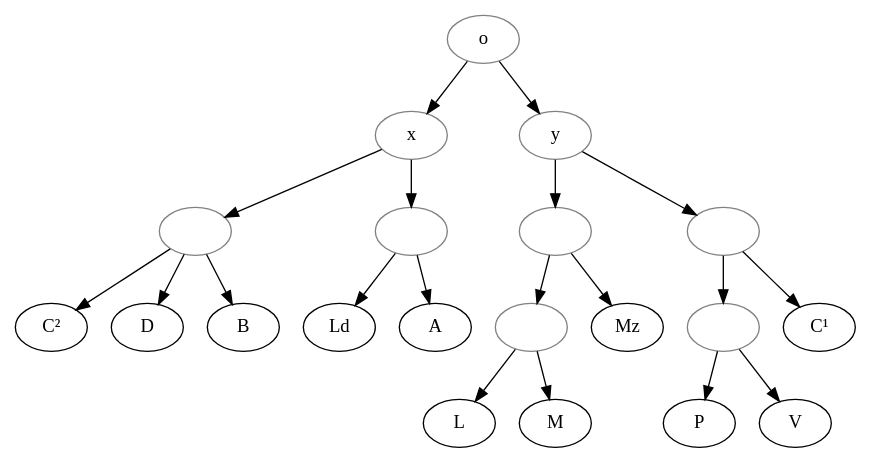
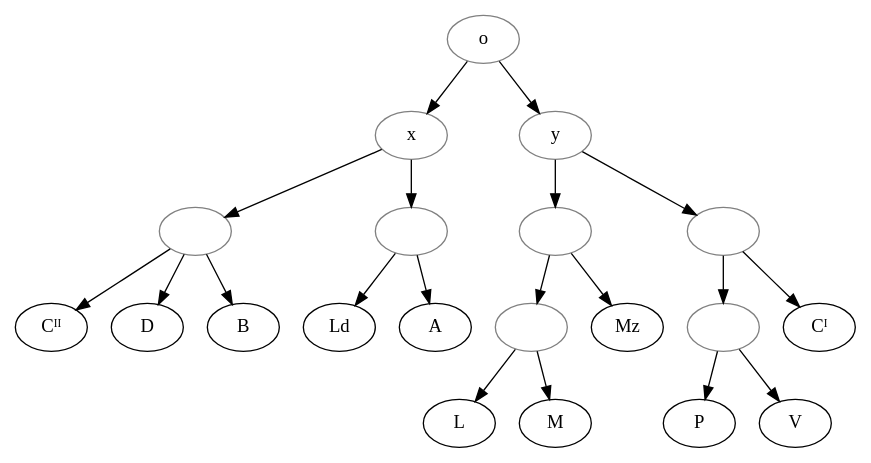
The diagram in data/fro/Korte_1914_RenMont3/stemma.gv (OpenStemmata/database), drawn with Graphviz before and after one commit. The commit also changed 5 other files, not shown here.

```diff
--- a/data/fro/Korte_1914_RenMont3/stemma.gv
+++ b/data/fro/Korte_1914_RenMont3/stemma.gv
@@ -1,35 +1,35 @@
 digraph {
 
     o[color="grey"];
     x[color="grey"];
     y[color="grey"];
     1[color="grey", label=""];
     2[color="grey", label=""];
     3[color="grey", label=""];
     4[color="grey", label=""];
     5[color="grey", label=""];
     6[color="grey", label=""];
-    C1[label="C¹"]
-    C2[label="C²"]
+    C1[label="Cᴵ"]
+    C2[label="Cᴵᴵ"]
 
     o->y;
     y->1;
     1->2;
     2->L;
     2->M;
     1->Mz;
     y->3;
     3->C1;
     3->4;
     4->P;
     4->V;
     o->x;
     x->5;
     5->D;
     5->B;
     5->C2;
     x->6;
     6->Ld;
     6->A;
     
 }
```
